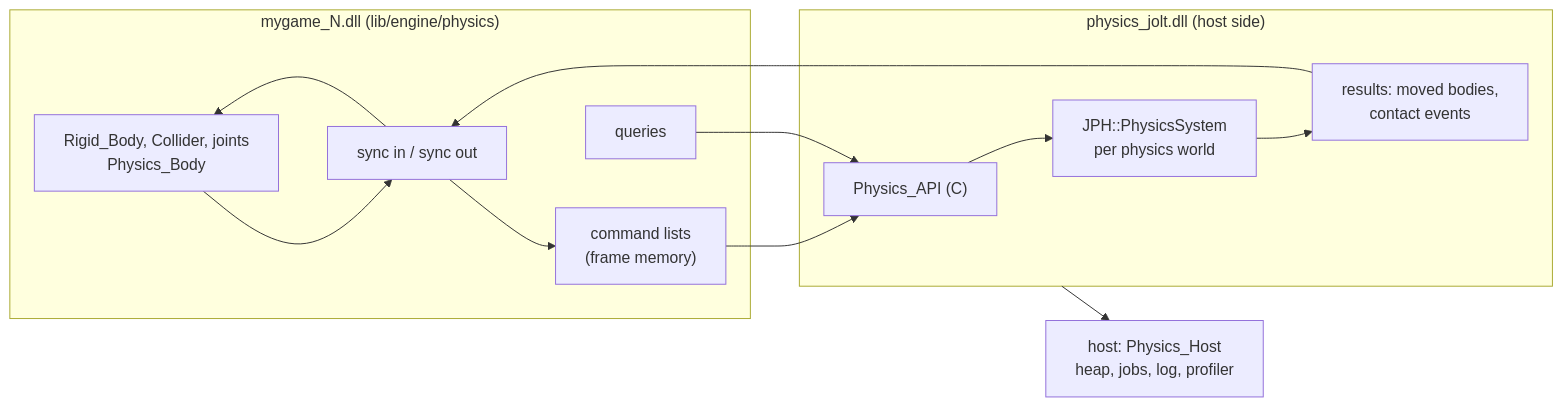
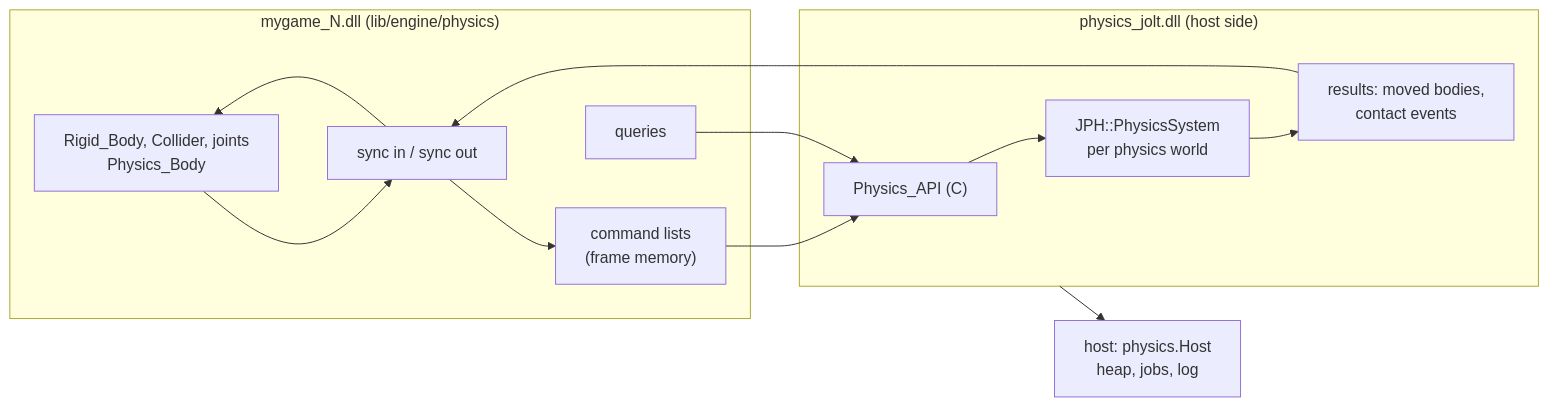
Before and after one commit to aszecsei/cinnabar: the diagram in docs/physics/design.md, drawn with Mermaid. The commit also changed other lines of this file and 19 other files, not shown here.

````diff
--- a/docs/physics/design.md
+++ b/docs/physics/design.md
@@ -18,20 +18,20 @@
 ```mermaid
 flowchart LR
     subgraph GAME["mygame_N.dll (lib/engine/physics)"]
         COMP["Rigid_Body, Collider, joints<br/>Physics_Body"]
         SYNC["sync in / sync out"]
         CMDS["command lists<br/>(frame memory)"]
         Q["queries"]
     end
     subgraph PLUG["physics_jolt.dll (host side)"]
         API["Physics_API (C)"]
         JOLT["JPH::PhysicsSystem<br/>per physics world"]
         BUF["results: moved bodies,<br/>contact events"]
     end
-    HOST["host: Physics_Host<br/>heap, jobs, log, profiler"]
+    HOST["host: physics.Host<br/>heap, jobs, log"]
 
     COMP --> SYNC --> CMDS --> API --> JOLT
     JOLT --> BUF --> SYNC --> COMP
     Q --> API
     PLUG --> HOST
 ```
````
